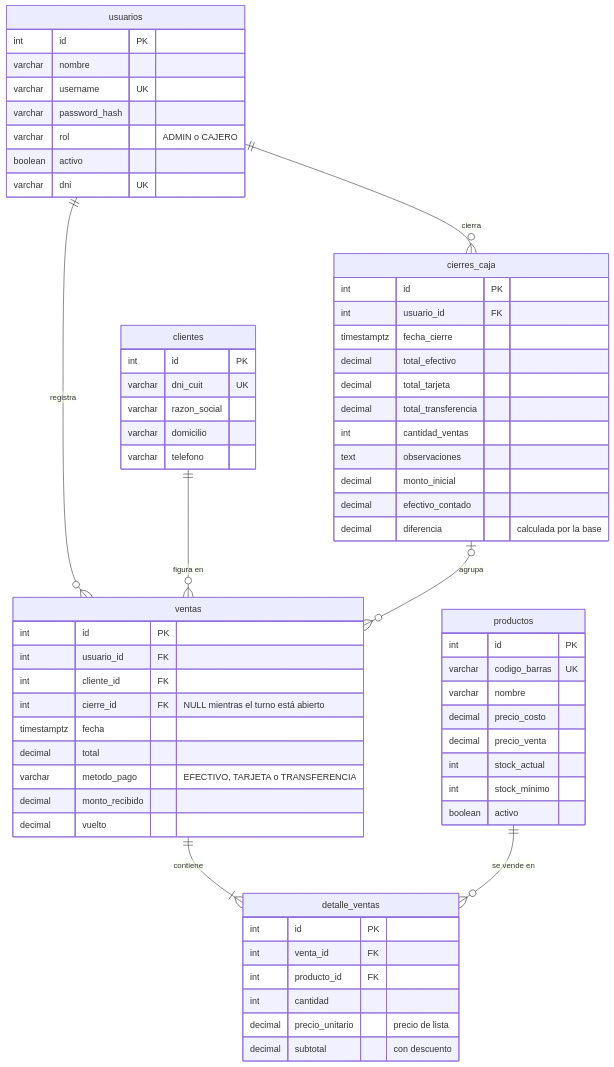
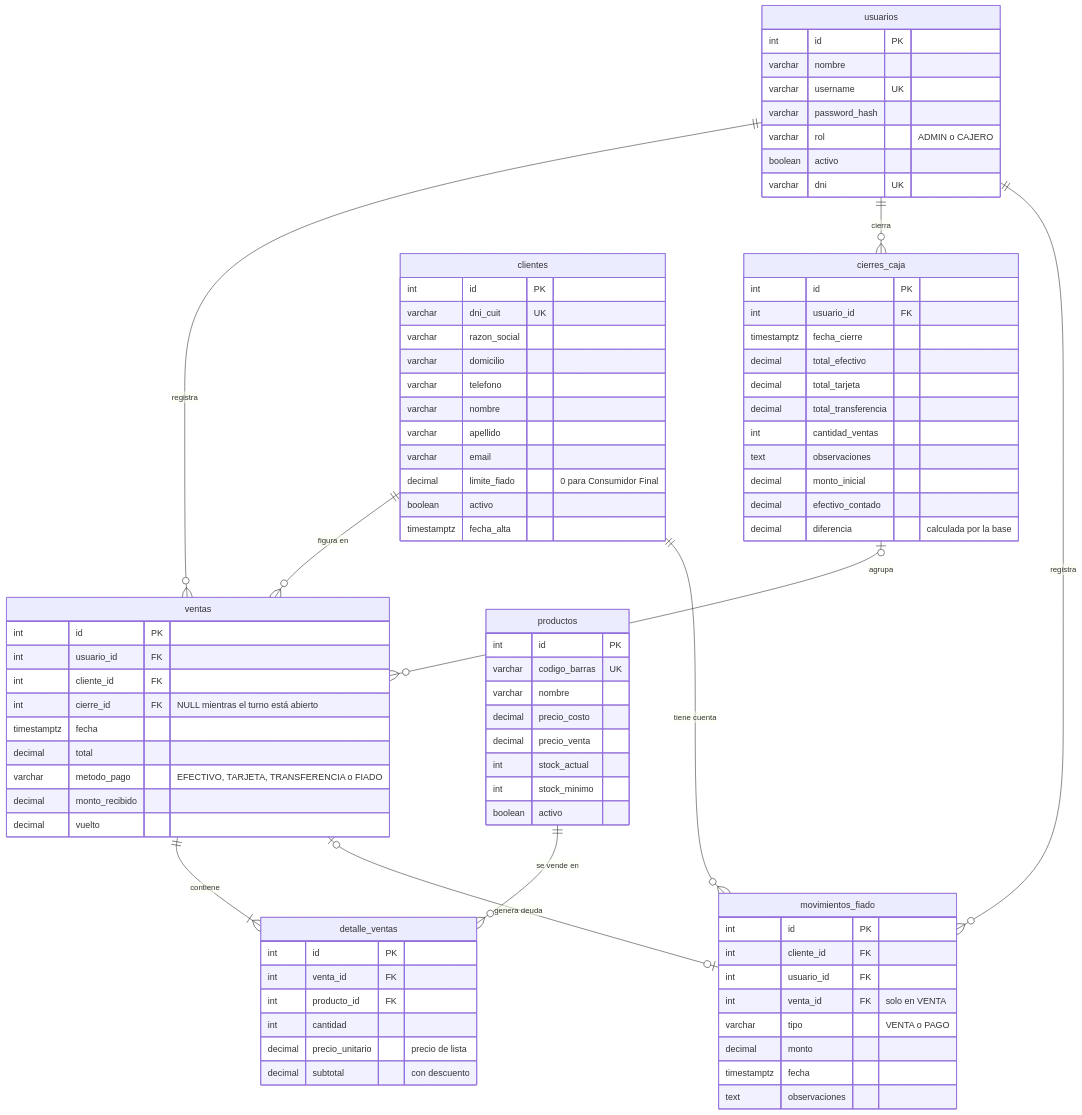
The diagram in docs/base-de-datos.md (Nahuel-Ramirez/web-kiosko), drawn with Mermaid before and after one commit. The commit also changed other lines of this file and 5 other files, not shown here.

First line of the commit message:
feat(db): fiado - datos de clientes, movimientos de deuda y vista de saldos

````diff
--- a/docs/base-de-datos.md
+++ b/docs/base-de-datos.md
@@ -15,6 +15,9 @@
     cierres_caja |o--o{ ventas : "agrupa"
     ventas ||--|{ detalle_ventas : "contiene"
     productos ||--o{ detalle_ventas : "se vende en"
+    clientes ||--o{ movimientos_fiado : "tiene cuenta"
+    usuarios ||--o{ movimientos_fiado : "registra"
+    ventas |o--o| movimientos_fiado : "genera deuda"
 
     usuarios {
         int id PK
@@ -41,6 +44,12 @@
         varchar razon_social
         varchar domicilio
         varchar telefono
+        varchar nombre
+        varchar apellido
+        varchar email
+        decimal limite_fiado "0 para Consumidor Final"
+        boolean activo
+        timestamptz fecha_alta
     }
     ventas {
         int id PK
@@ -49,7 +58,7 @@
         int cierre_id FK "NULL mientras el turno está abierto"
         timestamptz fecha
         decimal total
-        varchar metodo_pago "EFECTIVO, TARJETA o TRANSFERENCIA"
+        varchar metodo_pago "EFECTIVO, TARJETA, TRANSFERENCIA o FIADO"
         decimal monto_recibido
         decimal vuelto
     }
@@ -74,4 +83,14 @@
         decimal efectivo_contado
         decimal diferencia "calculada por la base"
     }
+    movimientos_fiado {
+        int id PK
+        int cliente_id FK
+        int usuario_id FK
+        int venta_id FK "solo en VENTA"
+        varchar tipo "VENTA o PAGO"
+        decimal monto
+        timestamptz fecha
+        text observaciones
+    }
 ```
````
